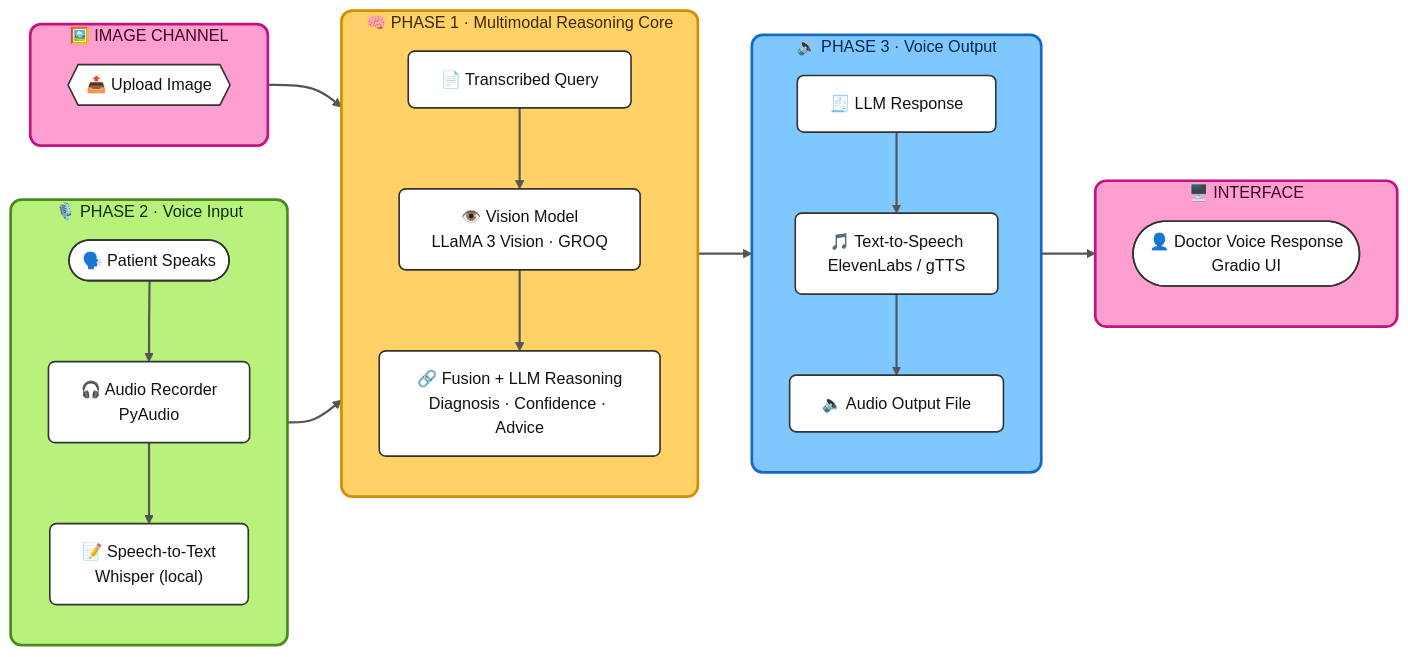
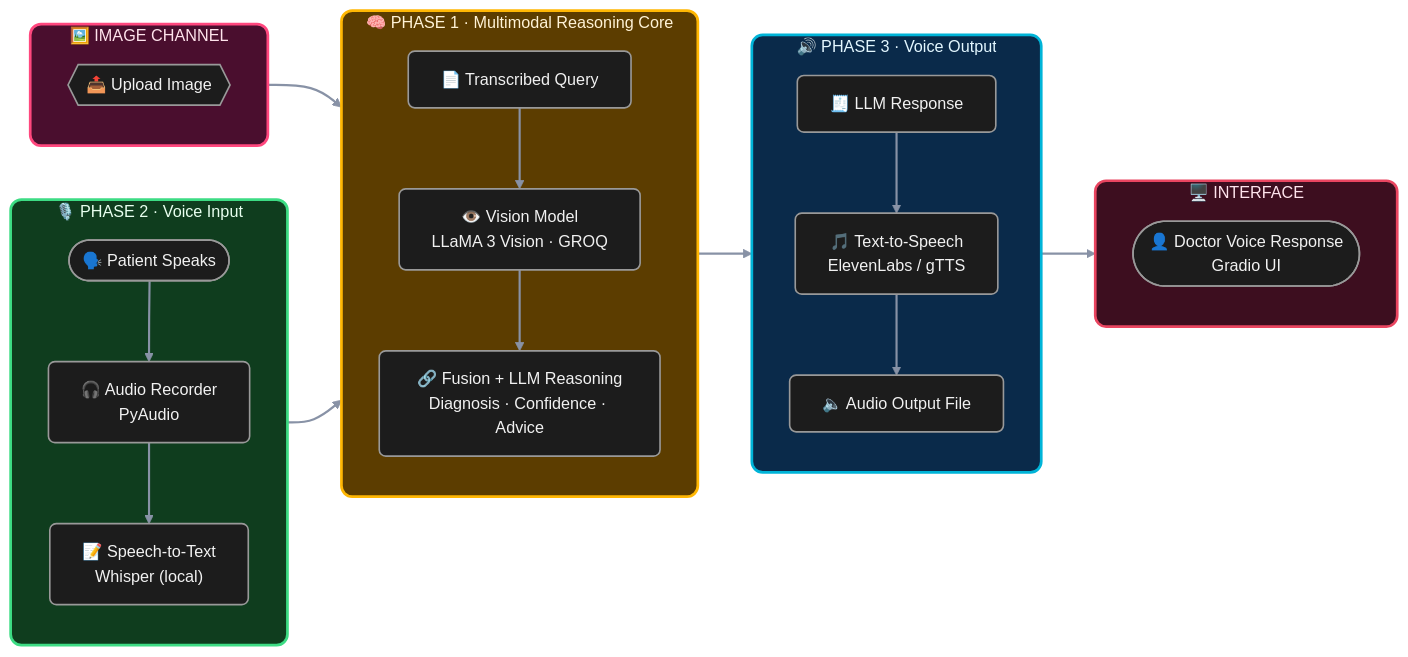
One commit to MirAb-77/VITA-Multimodal-Clinical-Decision-Support-Assistant- changed the second of 2 diagrams in README.md. Above: the diagram before and after it, drawn with Mermaid. The commit also changed other lines of this file, not shown here.

````diff
--- a/README.md
+++ b/README.md
@@ -50,52 +80,52 @@
 ```mermaid
 %%{init: {'theme': 'base', 'themeVariables': { 'fontFamily': 'Segoe UI, sans-serif', 'fontSize': '15px'}}}%%
 flowchart LR
     subgraph P2["🎙️ PHASE 2 · Voice Input"]
         direction TB
         A1(["🗣️ Patient Speaks"]) --> A2["🎧 Audio Recorder<br/>PyAudio"]
         A2 --> A3["📝 Speech-to-Text<br/>Whisper (local)"]
     end
 
     subgraph P4["🖼️ IMAGE CHANNEL"]
         direction TB
         B1{{"📤 Upload Image"}}
     end
 
     subgraph P1["🧠 PHASE 1 · Multimodal Reasoning Core"]
         direction TB
         C1["📄 Transcribed Query"] --> C2["👁️ Vision Model<br/>LLaMA 3 Vision · GROQ"]
         C2 --> C3["🔗 Fusion + LLM Reasoning<br/>Diagnosis · Confidence · Advice"]
     end
 
     subgraph P3["🔊 PHASE 3 · Voice Output"]
         direction TB
         D1["🧾 LLM Response"] --> D2["🎵 Text-to-Speech<br/>ElevenLabs / gTTS"]
         D2 --> D3["🔈 Audio Output File"]
     end
 
     subgraph P5["🖥️ INTERFACE"]
         direction TB
         E1(["👤 Doctor Voice Response<br/>Gradio UI"])
     end
 
     A3 --> C1
     B1 --> C2
     C3 --> D1
     D3 --> E1
 
-    classDef phase2 fill:#B8F27C,stroke:#4C8A1E,stroke-width:2.5px,color:#0a2e00,rx:10,ry:10
-    classDef phase4 fill:#FF9FD1,stroke:#C4127F,stroke-width:2.5px,color:#3d0021,rx:10,ry:10
-    classDef phase1 fill:#FFD166,stroke:#D68A00,stroke-width:2.5px,color:#3d2900,rx:10,ry:10
-    classDef phase3 fill:#7EC8FF,stroke:#1568C4,stroke-width:2.5px,color:#00264d,rx:10,ry:10
-    classDef phase5 fill:#FF9FD1,stroke:#C4127F,stroke-width:2.5px,color:#3d0021,rx:10,ry:10
-    classDef nodeStyle fill:#ffffff,stroke:#333,stroke-width:1.5px,color:#111,rx:6,ry:6
+    classDef phase2 fill:#0f3d1e,stroke:#3ddc84,stroke-width:2.5px,color:#e8ffef,rx:10,ry:10
+    classDef phase4 fill:#4a0e2e,stroke:#ff477e,stroke-width:2.5px,color:#ffe3ec,rx:10,ry:10
+    classDef phase1 fill:#5c3d00,stroke:#ffb703,stroke-width:2.5px,color:#fff3d6,rx:10,ry:10
+    classDef phase3 fill:#0a2a4a,stroke:#00b4d8,stroke-width:2.5px,color:#e3f7ff,rx:10,ry:10
+    classDef phase5 fill:#3d0e1f,stroke:#e94560,stroke-width:2.5px,color:#ffe3ec,rx:10,ry:10
+    classDef nodeStyle fill:#1c1c1c,stroke:#999,stroke-width:1.5px,color:#f1f1f1,rx:6,ry:6
 
     class P2 phase2
     class P4 phase4
     class P1 phase1
     class P3 phase3
     class P5 phase5
     class A1,A2,A3,B1,C1,C2,C3,D1,D2,D3,E1 nodeStyle
 
-    linkStyle default stroke:#555,stroke-width:2px
+    linkStyle default stroke:#8892a6,stroke-width:2px
 ```
````
